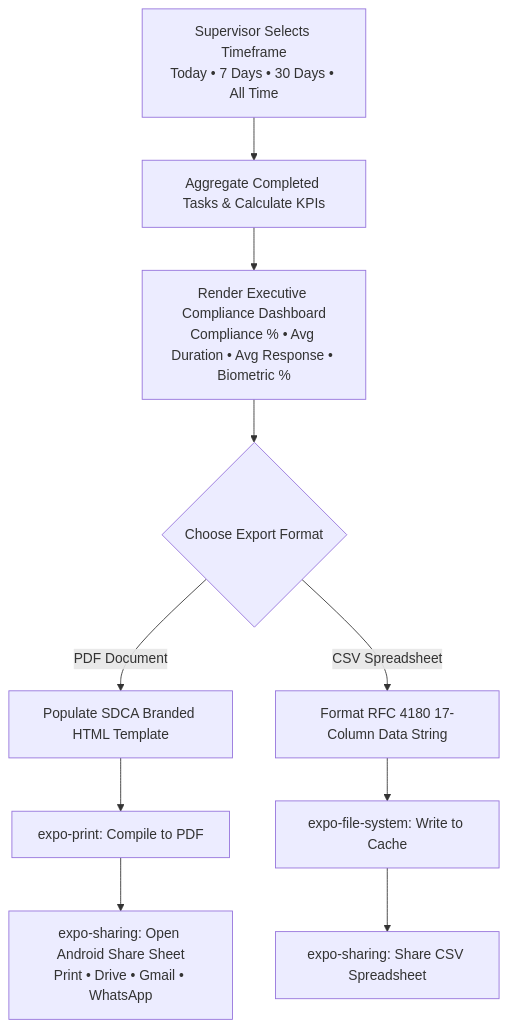
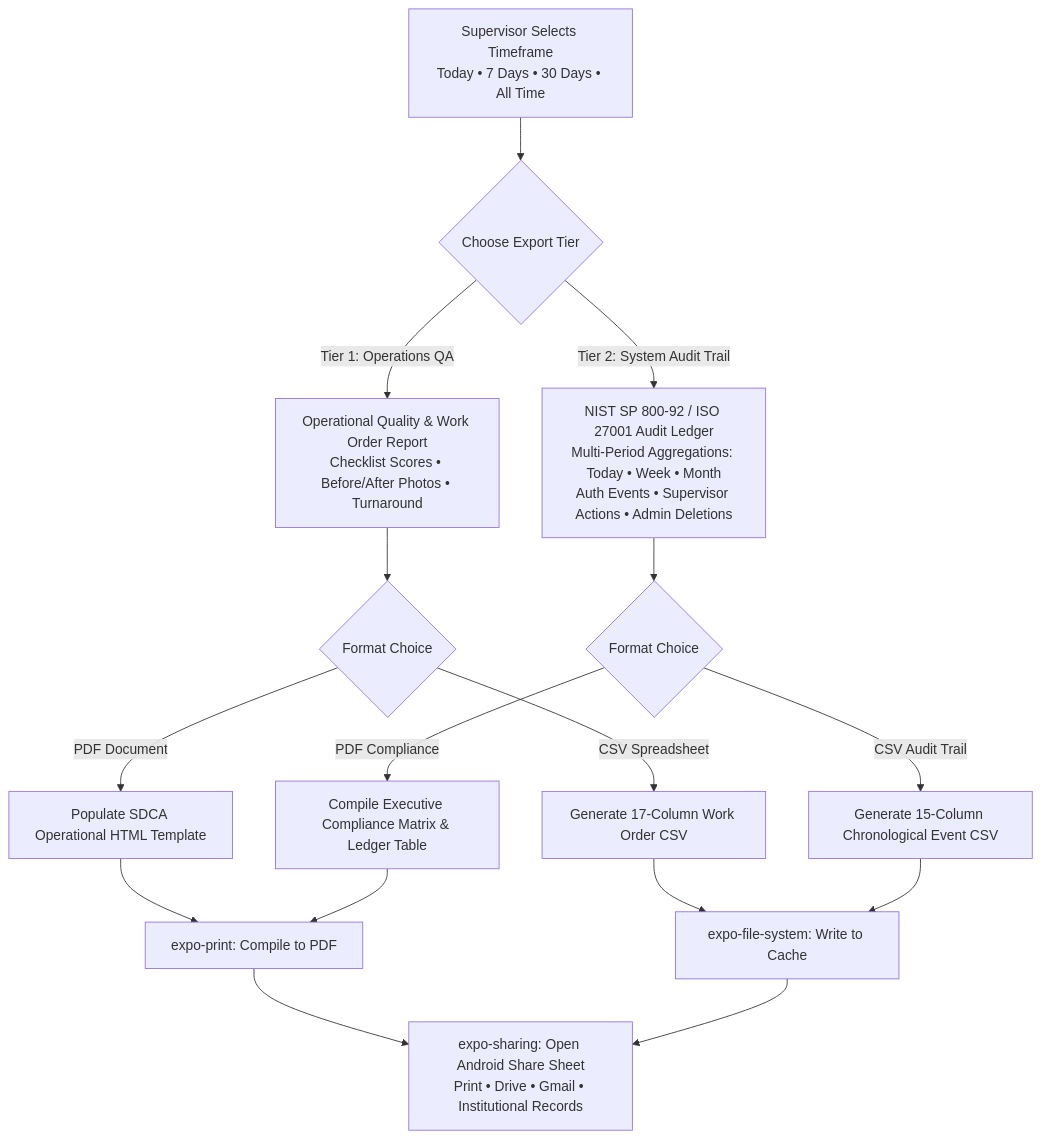
One commit to JamesCarl04/Smart-Flush-Mobile-App changed the third of 3 diagrams in README.md. Above: the diagram before and after it, drawn with Mermaid. The commit also changed other lines of this file and 19 other files, not shown here.

Commit message:
feat: implement flagged task accountability lock, 0ms auth hydration, and audit trail export

````diff
--- a/README.md
+++ b/README.md
@@ -558,16 +558,24 @@
 ```mermaid
 flowchart TD
-    SelectFilter[Supervisor Selects Timeframe<br/>Today • 7 Days • 30 Days • All Time] --> FetchData[Aggregate Completed Tasks & Calculate KPIs]
+    SelectFilter[Supervisor Selects Timeframe<br/>Today • 7 Days • 30 Days • All Time] --> Choice{Choose Export Tier}
     
-    FetchData --> SummaryView[Render Executive Compliance Dashboard<br/>Compliance % • Avg Duration • Avg Response • Biometric %]
+    Choice -->|Tier 1: Operations QA| OpsReport[Operational Quality & Work Order Report<br/>Checklist Scores • Before/After Photos • Turnaround]
+    Choice -->|Tier 2: System Audit Trail| AuditReport[NIST SP 800-92 / ISO 27001 Audit Ledger<br/>Multi-Period Aggregations: Today • Week • Month<br/>Auth Events • Supervisor Actions • Admin Deletions]
     
-    SummaryView --> Choice{Choose Export Format}
+    OpsReport --> ExportType1{Format Choice}
+    AuditReport --> ExportType2{Format Choice}
     
-    Choice -->|PDF Document| HTMLTemplate[Populate SDCA Branded HTML Template]
-    HTMLTemplate --> PrintEngine[expo-print: Compile to PDF]
-    PrintEngine --> SharePDF[expo-sharing: Open Android Share Sheet<br/>Print • Drive • Gmail • WhatsApp]
+    ExportType1 -->|PDF Document| HTMLTemplate1[Populate SDCA Operational HTML Template]
+    ExportType1 -->|CSV Spreadsheet| CSVBuilder1[Generate 17-Column Work Order CSV]
     
-    Choice -->|CSV Spreadsheet| CSVBuilder[Format RFC 4180 17-Column Data String]
-    CSVBuilder --> FileSystem[expo-file-system: Write to Cache]
-    FileSystem --> ShareCSV[expo-sharing: Share CSV Spreadsheet]
+    ExportType2 -->|PDF Compliance| HTMLTemplate2[Compile Executive Compliance Matrix & Ledger Table]
+    ExportType2 -->|CSV Audit Trail| CSVBuilder2[Generate 15-Column Chronological Event CSV]
+    
+    HTMLTemplate1 --> PrintEngine[expo-print: Compile to PDF]
+    HTMLTemplate2 --> PrintEngine
+    CSVBuilder1 --> FileSystem[expo-file-system: Write to Cache]
+    CSVBuilder2 --> FileSystem
+    
+    PrintEngine --> ShareEngine[expo-sharing: Open Android Share Sheet<br/>Print • Drive • Gmail • Institutional Records]
+    FileSystem --> ShareEngine
 ```
````
